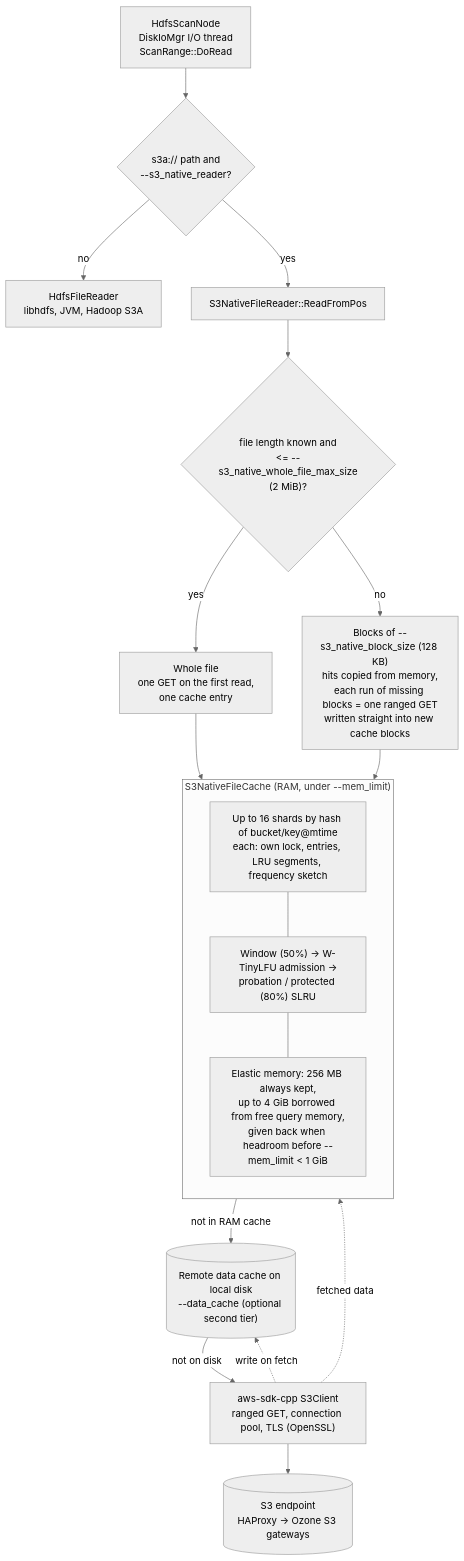
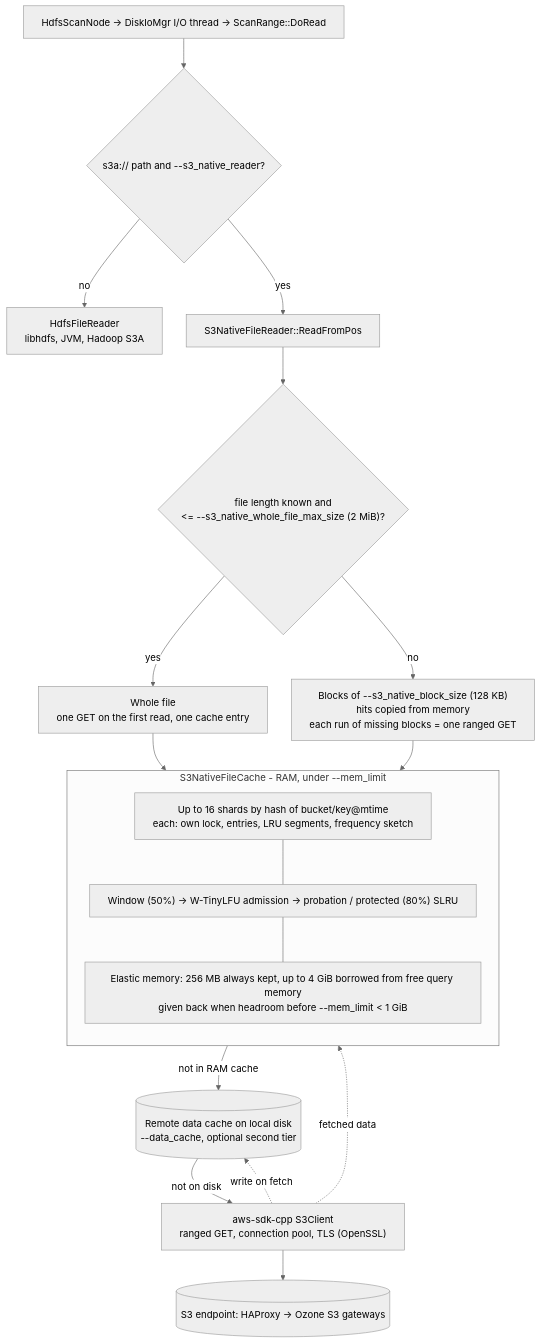
The diagram in docs/s3_native/native_s3_reader_architecture.mmd (arenadata/impala), drawn with Mermaid (neutral theme) before and after one commit.

Commit message:
ADH-9244: fix docs/s3_native/native_s3_reader_architecture.mmd

```diff
--- a/docs/s3_native/native_s3_reader_architecture.mmd
+++ b/docs/s3_native/native_s3_reader_architecture.mmd
@@ -1,34 +1,35 @@
+%%{init: {"flowchart": {"htmlLabels": true, "wrappingWidth": 600, "nodeSpacing": 40, "rankSpacing": 50}}}%%
 flowchart TD
-    scan["HdfsScanNode<br/>DiskIoMgr I/O thread<br/>ScanRange::DoRead"]
-    sel{"s3a:// path and<br/>--s3_native_reader?"}
+    scan["HdfsScanNode -> DiskIoMgr I/O thread -> ScanRange::DoRead"]
+    sel{"s3a:// path and --s3_native_reader?"}
     hdfs["HdfsFileReader<br/>libhdfs, JVM, Hadoop S3A"]
     reader["S3NativeFileReader::ReadFromPos"]
-    size{"file length known and<br/>&lt;= --s3_native_whole_file_max_size<br/>(2 MiB)?"}
-    whole["Whole file<br/>one GET on the first read,<br/>one cache entry"]
-    blocks["Blocks of --s3_native_block_size (128 KB)<br/>hits copied from memory,<br/>each run of missing blocks = one ranged GET<br/>written straight into new cache blocks"]
+    size{"file length known and<br/>&lt;= --s3_native_whole_file_max_size (2 MiB)?"}
+    whole["Whole file<br/>one GET on the first read, one cache entry"]
+    blocks["Blocks of --s3_native_block_size (128 KB)<br/>hits copied from memory<br/>each run of missing blocks = one ranged GET"]
 
-    subgraph ram["S3NativeFileCache (RAM, under --mem_limit)"]
+    subgraph ram["S3NativeFileCache - RAM, under --mem_limit"]
         direction TB
         shards["Up to 16 shards by hash of bucket/key@mtime<br/>each: own lock, entries, LRU segments, frequency sketch"]
-        segs["Window (50%) -&gt; W-TinyLFU admission -&gt;<br/>probation / protected (80%) SLRU"]
-        mem["Elastic memory: 256 MB always kept,<br/>up to 4 GiB borrowed from free query memory,<br/>given back when headroom before --mem_limit &lt; 1 GiB"]
+        segs["Window (50%) -> W-TinyLFU admission -> probation / protected (80%) SLRU"]
+        mem["Elastic memory: 256 MB always kept, up to 4 GiB borrowed from free query memory<br/>given back when headroom before --mem_limit &lt; 1 GiB"]
         shards --- segs --- mem
     end
 
-    disk[("Remote data cache on local disk<br/>--data_cache (optional second tier)")]
+    disk[("Remote data cache on local disk<br/>--data_cache, optional second tier")]
     s3["aws-sdk-cpp S3Client<br/>ranged GET, connection pool, TLS (OpenSSL)"]
-    ozone[("S3 endpoint<br/>HAProxy -&gt; Ozone S3 gateways")]
+    ozone[("S3 endpoint: HAProxy -> Ozone S3 gateways")]
 
     scan --> sel
     sel -- no --> hdfs
     sel -- yes --> reader
     reader --> size
     size -- yes --> whole
     size -- no --> blocks
     whole --> ram
     blocks --> ram
     ram -- "not in RAM cache" --> disk
     disk -- "not on disk" --> s3
     s3 --> ozone
     s3 -. "fetched data" .-> ram
     s3 -. "write on fetch" .-> disk
```
